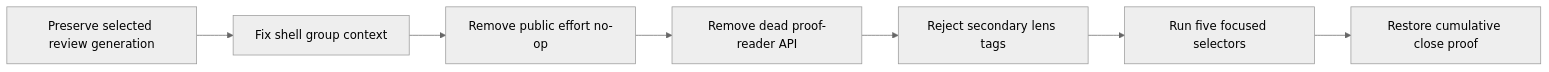
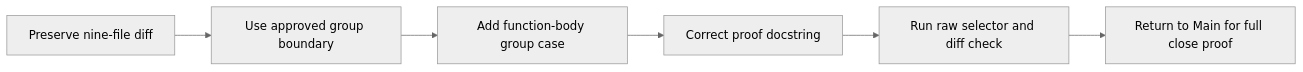
One commit to ismaeldoez7/symphony-forge changed the diagram in .factory/stories/FORGE-COORD-1/task-plans/NATIVE-FOREGROUND-ACTIVATE.md. Above: the diagram before and after it, drawn with Mermaid (neutral theme). The commit also changed other lines of this file and 3 other files, not shown here.

Commit message:
plan: focus final shell group correction

````diff
--- a/.factory/stories/FORGE-COORD-1/task-plans/NATIVE-FOREGROUND-ACTIVATE.md
+++ b/.factory/stories/FORGE-COORD-1/task-plans/NATIVE-FOREGROUND-ACTIVATE.md
@@ -7,9 +7,8 @@
 ```mermaid
 flowchart LR
-    A[Preserve selected review generation] --> B[Fix shell group context]
-    B --> C[Remove public effort no-op]
-    C --> D[Remove dead proof-reader API]
-    D --> E[Reject secondary lens tags]
-    E --> F[Run five focused selectors]
-    F --> G[Restore cumulative close proof]
+    A[Preserve nine-file diff] --> B[Use approved group boundary]
+    B --> C[Add function-body group case]
+    C --> D[Correct proof docstring]
+    D --> E[Run raw selector and diff check]
+    E --> F[Return to Main for full close proof]
 ```
````
